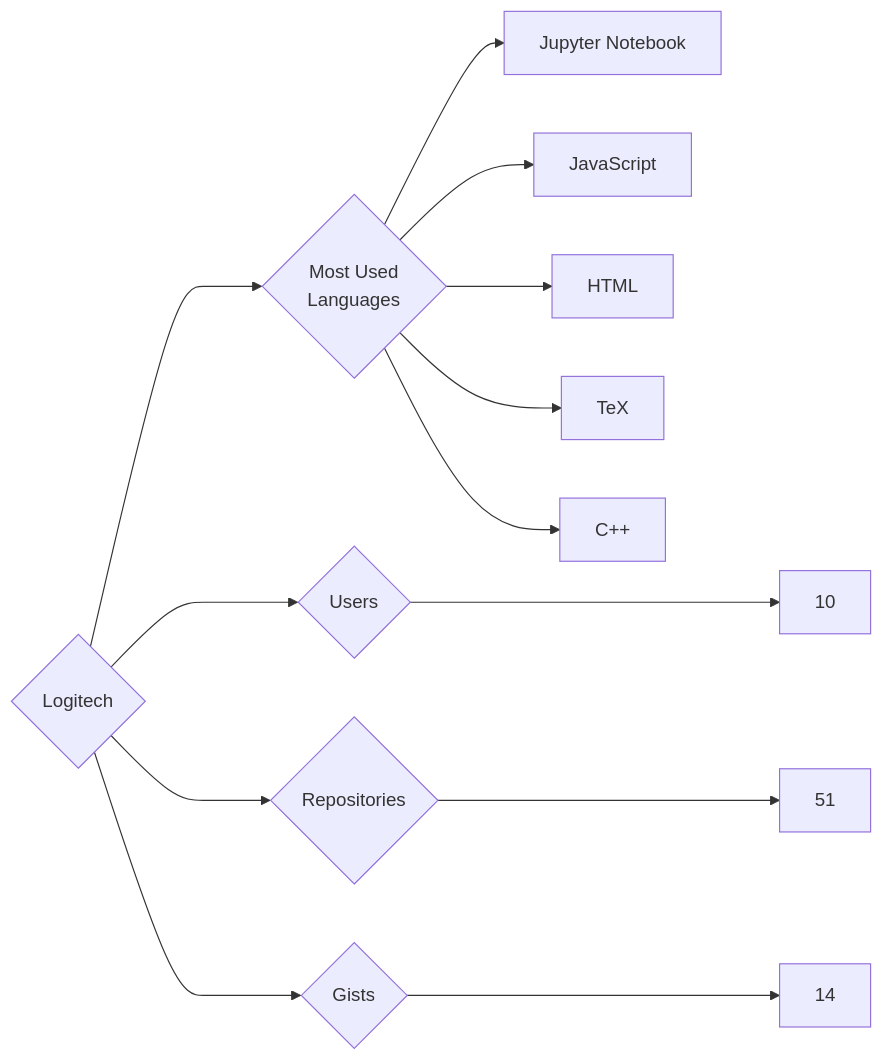
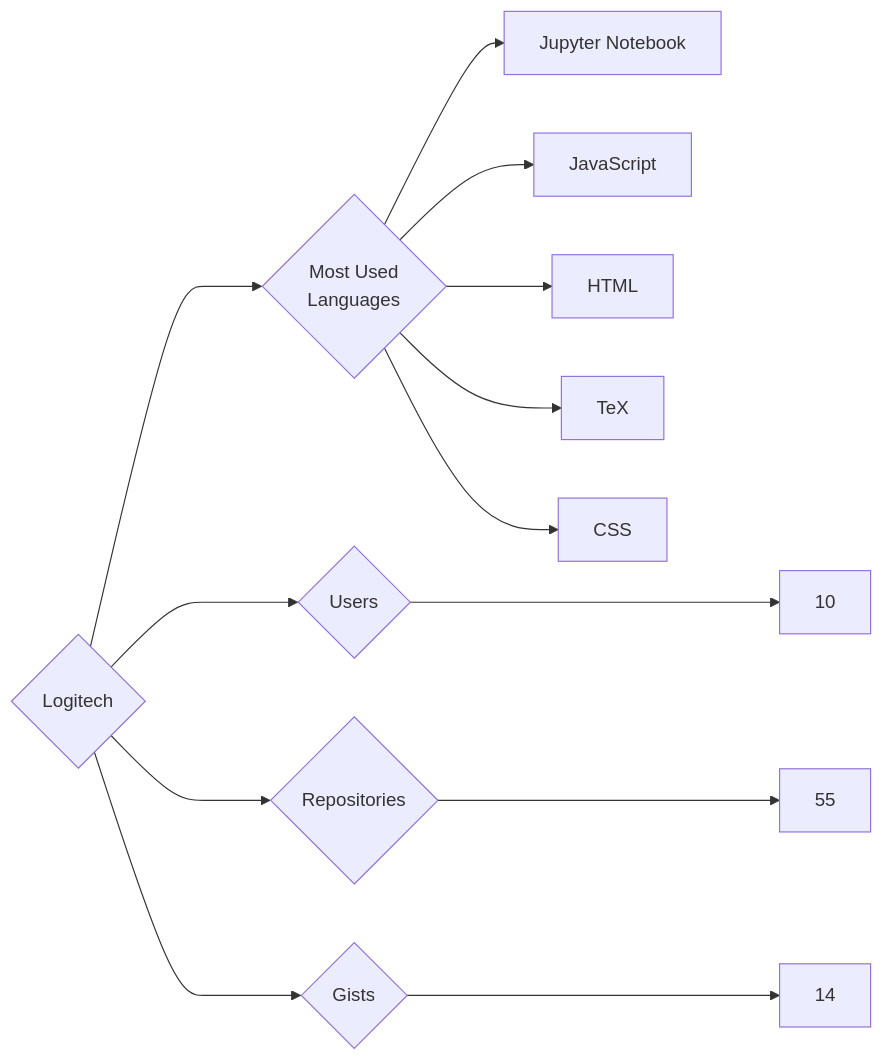
Before and after one commit to trickest/insiders: the diagram in targets/Logitech/README.md, drawn with Mermaid. The commit also changed 925 other files, not shown here.

````diff
--- a/targets/Logitech/README.md
+++ b/targets/Logitech/README.md
@@ -3,13 +3,13 @@
 ```mermaid
 graph LR
 COMPANY_NAME{Logitech}
 COMPANY_NAME ---> U{Users} ---> UN[10]
-COMPANY_NAME ---> R{Repositories} ---> RN[51]
+COMPANY_NAME ---> R{Repositories} ---> RN[55]
 COMPANY_NAME ---> G{Gists} ---> GN[14]
 COMPANY_NAME ---> ML{Most Used<br>Languages}
 ML --> Jupyter_Notebook[Jupyter Notebook]
 ML --> JavaScript[JavaScript]
 ML --> HTML[HTML]
 ML --> TeX[TeX]
-ML --> C++[C++]
+ML --> CSS[CSS]
 ```
````
